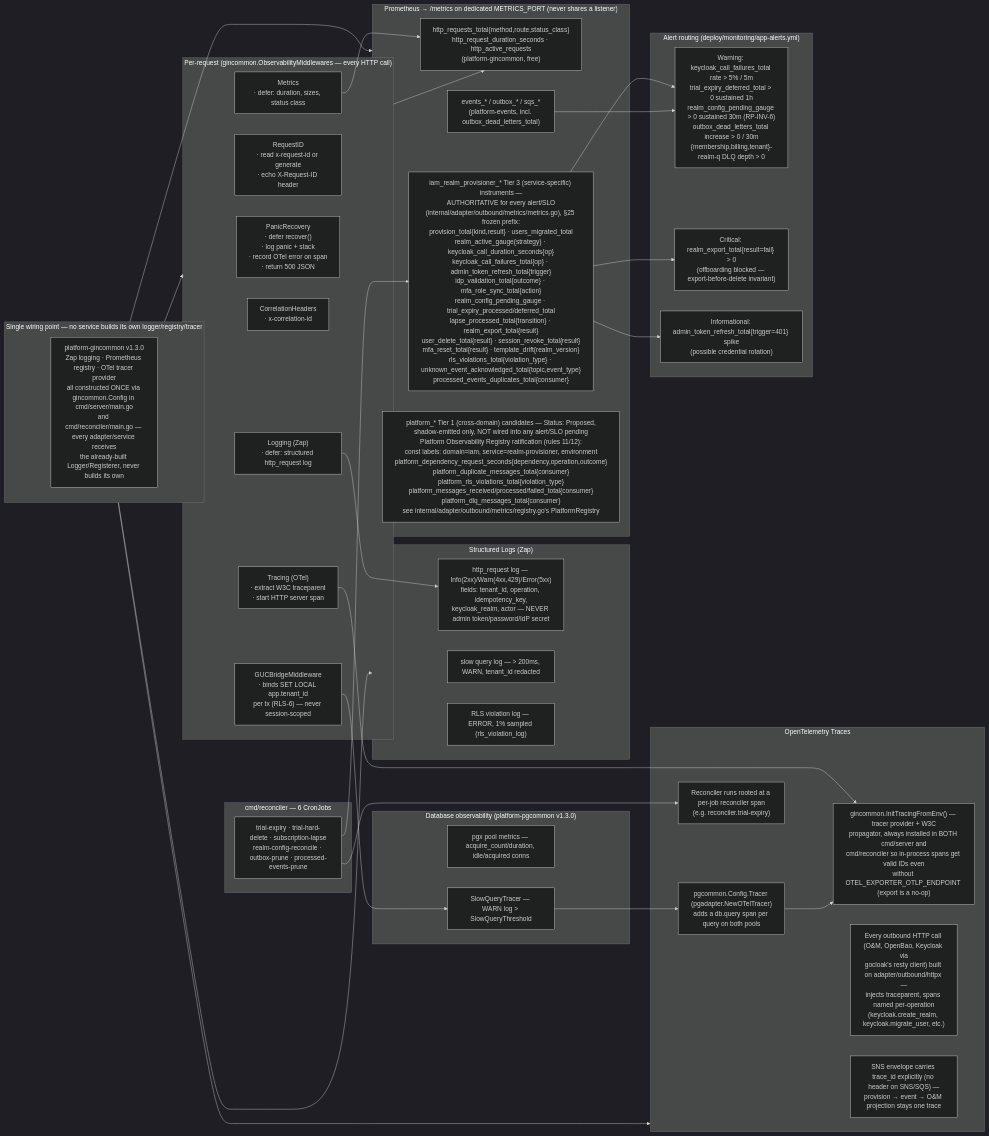
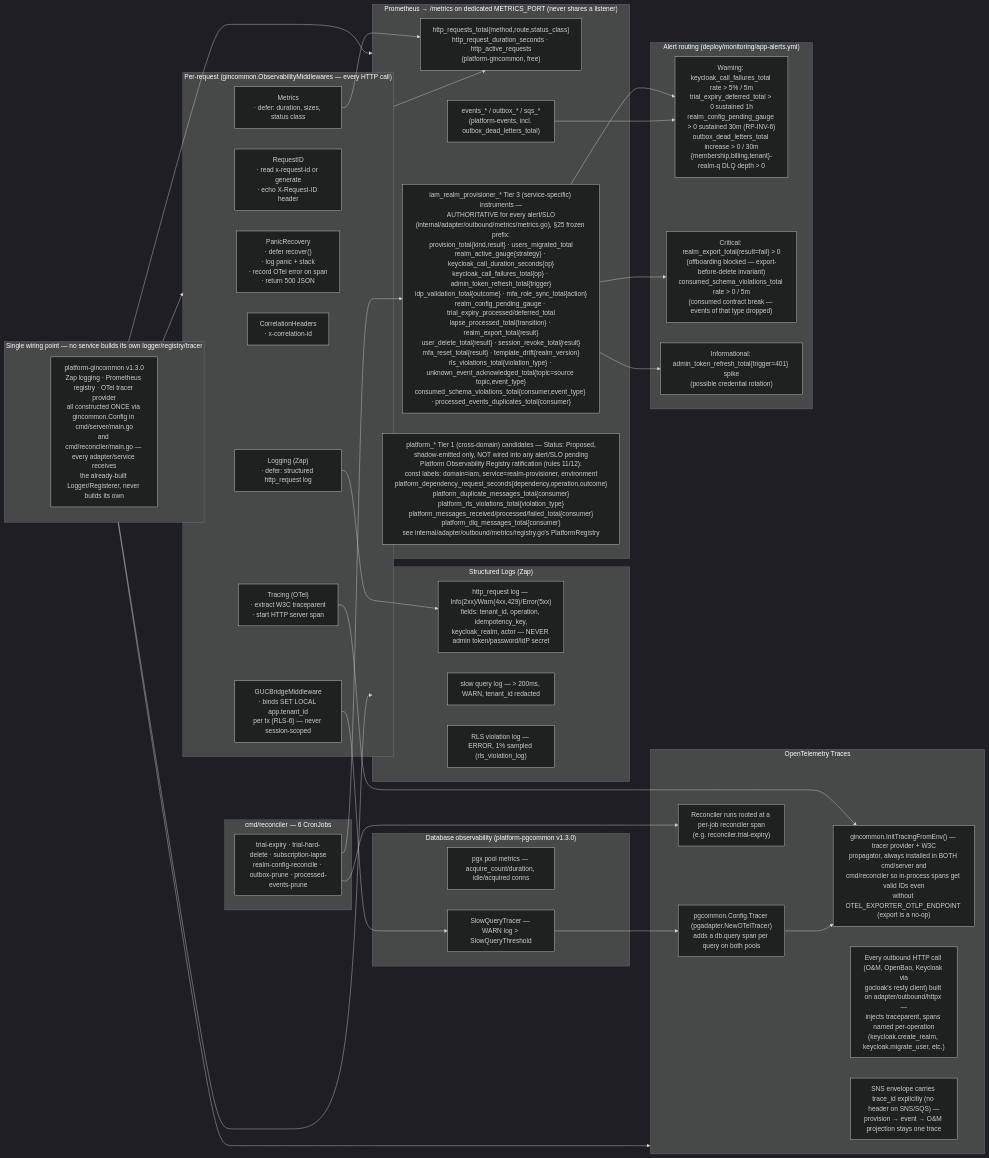
One commit to BCBP-SOLUTIONS-FZC-LLC/iam-realm-provisioner changed the eighth of 10 diagrams in ARCHITECTURE.md. Above: the diagram before and after it, drawn with Mermaid (dark theme). The commit also changed other lines of this file and 38 other files, not shown here.

````diff
--- a/ARCHITECTURE.md
+++ b/ARCHITECTURE.md
@@ -617,70 +622,70 @@
 ```mermaid
 graph LR
     subgraph request["Per-request (gincommon.ObservabilityMiddlewares — every HTTP call)"]
         panic["PanicRecovery\n· defer recover()\n· log panic + stack\n· record OTel error on span\n· return 500 JSON"]
         reqid["RequestID\n· read x-request-id or generate\n· echo X-Request-ID header"]
         trace["Tracing (OTel)\n· extract W3C traceparent\n· start HTTP server span"]
         corr["CorrelationHeaders\n· x-correlation-id"]
         metricsmw["Metrics\n· defer: duration, sizes, status class"]
         logging["Logging (Zap)\n· defer: structured http_request log"]
         guc["GUCBridgeMiddleware\n· binds SET LOCAL app.tenant_id\nper tx (RLS-6) — never session-scoped"]
     end
 
     subgraph gincommon_only["Single wiring point — no service builds its own logger/registry/tracer"]
         gc1["platform-gincommon v1.3.0\nZap logging · Prometheus registry · OTel tracer provider\nall constructed ONCE via gincommon.Config in cmd/server/main.go\nand cmd/reconciler/main.go — every adapter/service receives\nthe already-built Logger/Registerer, never builds its own"]
     end
 
     subgraph prom["Prometheus  →  /metrics on dedicated METRICS_PORT (never shares a listener)"]
         p1["http_requests_total{method,route,status_class}\nhttp_request_duration_seconds · http_active_requests\n(platform-gincommon, free)"]
         p2["events_* / outbox_* / sqs_*\n(platform-events, incl. outbox_dead_letters_total)"]
-        p3["iam_realm_provisioner_* Tier 3 (service-specific) instruments —\nAUTHORITATIVE for every alert/SLO\n(internal/adapter/outbound/metrics/metrics.go), §25 frozen prefix:\nprovision_total{kind,result} · users_migrated_total\nrealm_active_gauge{strategy} · keycloak_call_duration_seconds{op}\nkeycloak_call_failures_total{op} · admin_token_refresh_total{trigger}\nidp_validation_total{outcome} · mfa_role_sync_total{action}\nrealm_config_pending_gauge · trial_expiry_processed/deferred_total\nlapse_processed_total{transition} · realm_export_total{result}\nuser_delete_total{result} · session_revoke_total{result}\nmfa_reset_total{result} · template_drift{realm_version}\nrls_violations_total{violation_type} · unknown_event_acknowledged_total{topic,event_type}\nprocessed_events_duplicates_total{consumer}"]
+        p3["iam_realm_provisioner_* Tier 3 (service-specific) instruments —\nAUTHORITATIVE for every alert/SLO\n(internal/adapter/outbound/metrics/metrics.go), §25 frozen prefix:\nprovision_total{kind,result} · users_migrated_total\nrealm_active_gauge{strategy} · keycloak_call_duration_seconds{op}\nkeycloak_call_failures_total{op} · admin_token_refresh_total{trigger}\nidp_validation_total{outcome} · mfa_role_sync_total{action}\nrealm_config_pending_gauge · trial_expiry_processed/deferred_total\nlapse_processed_total{transition} · realm_export_total{result}\nuser_delete_total{result} · session_revoke_total{result}\nmfa_reset_total{result} · template_drift{realm_version}\nrls_violations_total{violation_type} · unknown_event_acknowledged_total{topic=source topic,event_type}\nconsumed_schema_violations_total{consumer,event_type} · processed_events_duplicates_total{consumer}"]
         p4["platform_* Tier 1 (cross-domain) candidates — Status: Proposed,\nshadow-emitted only, NOT wired into any alert/SLO pending\nPlatform Observability Registry ratification (rules 11/12):\nconst labels: domain=iam, service=realm-provisioner, environment\nplatform_dependency_request_seconds{dependency,operation,outcome}\nplatform_duplicate_messages_total{consumer}\nplatform_rls_violations_total{violation_type}\nplatform_messages_received/processed/failed_total{consumer}\nplatform_dlq_messages_total{consumer}\nsee internal/adapter/outbound/metrics/registry.go's PlatformRegistry"]
     end
 
     subgraph otel["OpenTelemetry Traces"]
         ot1["gincommon.InitTracingFromEnv() — tracer provider + W3C\npropagator, always installed in BOTH cmd/server and\ncmd/reconciler so in-process spans get valid IDs even\nwithout OTEL_EXPORTER_OTLP_ENDPOINT (export is a no-op)"]
         ot2["pgcommon.Config.Tracer (pgadapter.NewOTelTracer)\nadds a db.query span per query on both pools"]
         ot3["Every outbound HTTP call (O&M, OpenBao, Keycloak via\ngocloak's resty client) built on adapter/outbound/httpx —\ninjects traceparent, spans named per-operation\n(keycloak.create_realm, keycloak.migrate_user, etc.)"]
         ot4["SNS envelope carries trace_id explicitly (no header on SNS/SQS) —\nprovision → event → O&M projection stays one trace"]
         ot5["Reconciler runs rooted at a per-job reconciler span\n(e.g. reconciler.trial-expiry)"]
     end
 
     subgraph logs["Structured Logs (Zap)"]
         l1["http_request log — Info(2xx)/Warn(4xx,429)/Error(5xx)\nfields: tenant_id, operation, idempotency_key,\nkeycloak_realm, actor — NEVER admin token/password/IdP secret"]
         l2["slow query log — > 200ms, WARN, tenant_id redacted"]
         l3["RLS violation log — ERROR, 1% sampled (rls_violation_log)"]
     end
 
     subgraph db_obs["Database observability (platform-pgcommon v1.3.0)"]
         db1["pgx pool metrics — acquire_count/duration, idle/acquired conns"]
         db2["SlowQueryTracer — WARN log > SlowQueryThreshold"]
     end
 
     subgraph cron["cmd/reconciler — 6 CronJobs"]
         c1["trial-expiry · trial-hard-delete · subscription-lapse\nrealm-config-reconcile · outbox-prune · processed-events-prune"]
     end
 
     subgraph alerts["Alert routing (deploy/monitoring/app-alerts.yml)"]
         a1["Warning: keycloak_call_failures_total rate > 5% / 5m\ntrial_expiry_deferred_total > 0 sustained 1h\nrealm_config_pending_gauge > 0 sustained 30m (RP-INV-6)\noutbox_dead_letters_total increase > 0 / 30m\n{membership,billing,tenant}-realm-q DLQ depth > 0"]
-        a2["Critical: realm_export_total{result=fail} > 0\n(offboarding blocked — export-before-delete invariant)"]
+        a2["Critical: realm_export_total{result=fail} > 0\n(offboarding blocked — export-before-delete invariant)\nconsumed_schema_violations_total rate > 0 / 5m\n(consumed contract break — events of that type dropped)"]
         a3["Informational: admin_token_refresh_total{trigger=401} spike\n(possible credential rotation)"]
     end
 
     gincommon_only --> request
     gincommon_only --> prom
     gincommon_only --> logs
     gincommon_only --> otel
     request --> p1
     metricsmw --> p1
     trace --> ot1
     logging --> l1
     guc --> db2
     db2 --> ot2
     ot2 --> ot1
     c1 --> p3
     c1 --> ot5
     p3 --> a1
     p3 --> a2
     p3 --> a3
     p2 --> a1
 ```
````
